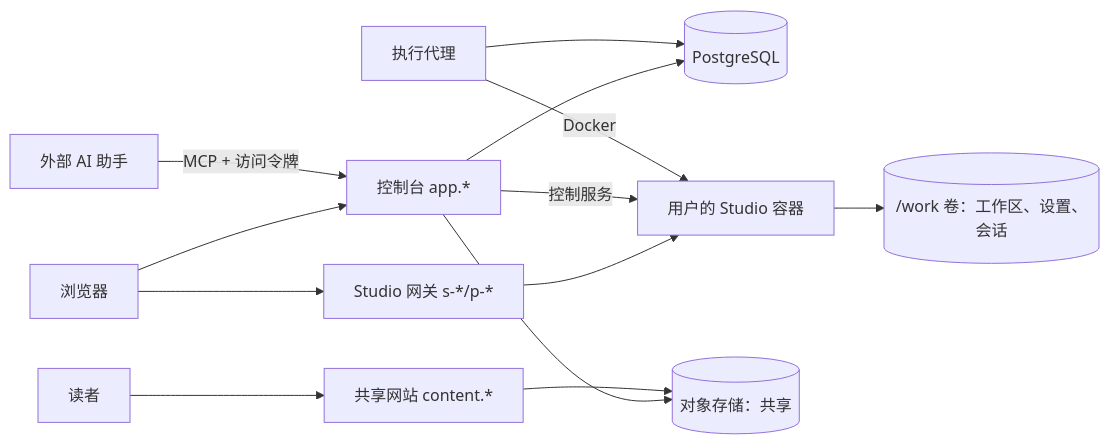
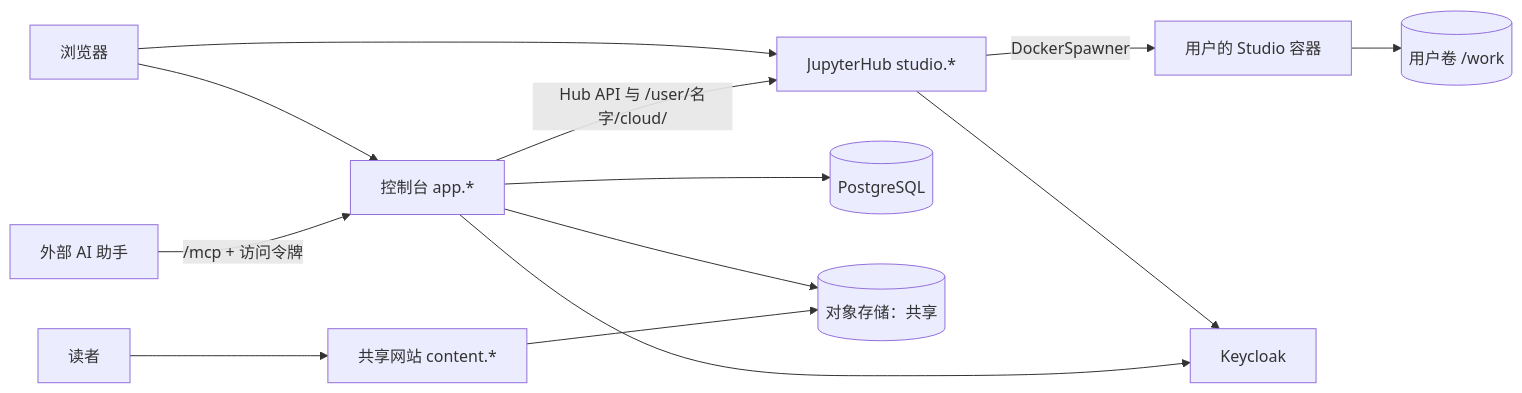
The diagram in docs/rfc-cloud.md (Lincyaw/presmium), drawn with Mermaid before and after one commit. The commit also changed other lines of this file and 54 other files, not shown here.

````diff
--- a/docs/rfc-cloud.md
+++ b/docs/rfc-cloud.md
@@ -27,15 +25,15 @@
 ```mermaid
 flowchart LR
   Browser[浏览器] --> Console[控制台 app.*]
-  Browser --> Gate[Studio 网关 s-*/p-*]
-  Agent[外部 AI 助手] -->|MCP + 访问令牌| Console
+  Browser --> Hub[JupyterHub studio.*]
+  Agent[外部 AI 助手] -->|/mcp + 访问令牌| Console
+  Console -->|Hub API 与 /user/名字/cloud/| Hub
+  Hub -->|DockerSpawner| Studio[用户的 Studio 容器]
+  Hub --> Keycloak[Keycloak]
+  Console --> Keycloak
+  Studio --> Volume[(用户卷 /work)]
   Console --> DB[(PostgreSQL)]
-  Gate --> Studio[用户的 Studio 容器]
-  Console -->|控制服务| Studio
-  Runner[执行代理] -->|Docker| Studio
-  Runner --> DB
-  Studio --> Volume[(/work 卷：工作区、设置、会话)]
   Console --> Objects[(对象存储：共享)]
   Reader[读者] --> Content[共享网站 content.*]
   Content --> Objects
 ```
````
